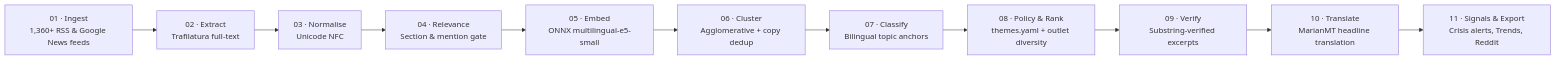
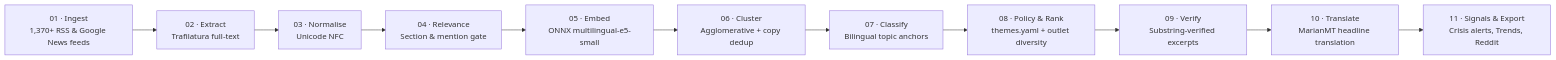
The diagram in README.md (gergkar-gif/argos-monitor), drawn with Mermaid before and after one commit. The commit also changed 8 other files, not shown here.

````diff
--- a/README.md
+++ b/README.md
@@ -39,13 +39,13 @@
 ```mermaid
 flowchart LR
-    A["01 · Ingest<br/>1,360+ RSS & Google News feeds"] --> B["02 · Extract<br/>Trafilatura full-text"]
+    A["01 · Ingest<br/>1,370+ RSS & Google News feeds"] --> B["02 · Extract<br/>Trafilatura full-text"]
     B --> C["03 · Normalise<br/>Unicode NFC"]
     C --> D["04 · Relevance<br/>Section & mention gate"]
     D --> E["05 · Embed<br/>ONNX multilingual-e5-small"]
     E --> F["06 · Cluster<br/>Agglomerative + copy dedup"]
     F --> G["07 · Classify<br/>Bilingual topic anchors"]
     G --> H["08 · Policy & Rank<br/>themes.yaml + outlet diversity"]
     H --> I["09 · Verify<br/>Substring-verified excerpts"]
     I --> J["10 · Translate<br/>MarianMT headline translation"]
     J --> K["11 · Signals & Export<br/>Crisis alerts, Trends, Reddit"]
 ```
````
